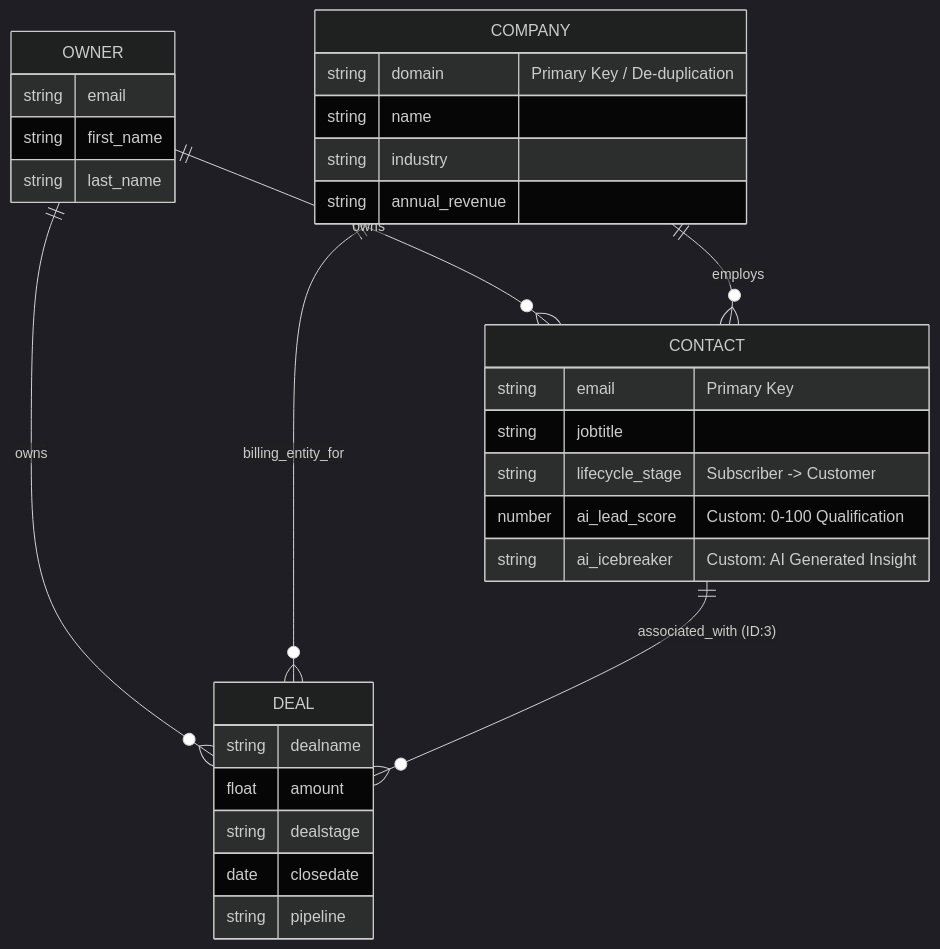
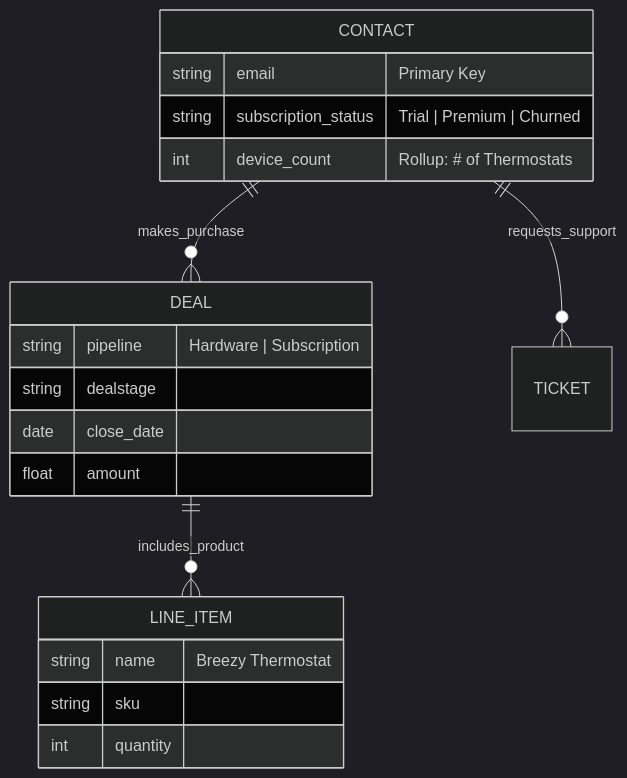
Before and after one commit to bjamesdowning/hubspot-assessment: the diagram in README.md, drawn with Mermaid (dark theme). The commit also changed other lines of this file and 1 other file, not shown here.

Commit message:
Reformatted ERD to reflect B2C

````diff
--- a/README.md
+++ b/README.md
@@ -81,34 +81,23 @@
 ```mermaid
 erDiagram
-    OWNER ||--o{ CONTACT : "owns"
-    OWNER ||--o{ DEAL : "owns"
-    COMPANY ||--o{ CONTACT : "employs"
-    COMPANY ||--o{ DEAL : "billing_entity_for"
-    CONTACT ||--o{ DEAL : "associated_with (ID:3)"
+    CONTACT ||--o{ DEAL : "makes_purchase"
+    CONTACT ||--o{ TICKET : "requests_support"
+    DEAL ||--o{ LINE_ITEM : "includes_product"
 
-    OWNER {
-        string email
-        string first_name
-        string last_name
-    }
-    COMPANY {
-        string domain "Primary Key / De-duplication"
-        string name
-        string industry
-        string annual_revenue
-    }
     CONTACT {
         string email "Primary Key"
-        string jobtitle
-        string lifecycle_stage "Subscriber -> Customer"
-        number ai_lead_score "Custom: 0-100 Qualification"
-        string ai_icebreaker "Custom: AI Generated Insight"
+        string subscription_status "Trial | Premium | Churned"
+        int device_count "Rollup: # of Thermostats"
     }
     DEAL {
-        string dealname
+        string pipeline "Hardware | Subscription"
+        string dealstage
+        date close_date
         float amount
-        string dealstage
-        date closedate
-        string pipeline
+    }
+    LINE_ITEM {
+        string name "Breezy Thermostat"
+        string sku
+        int quantity
     }
 ```
````
